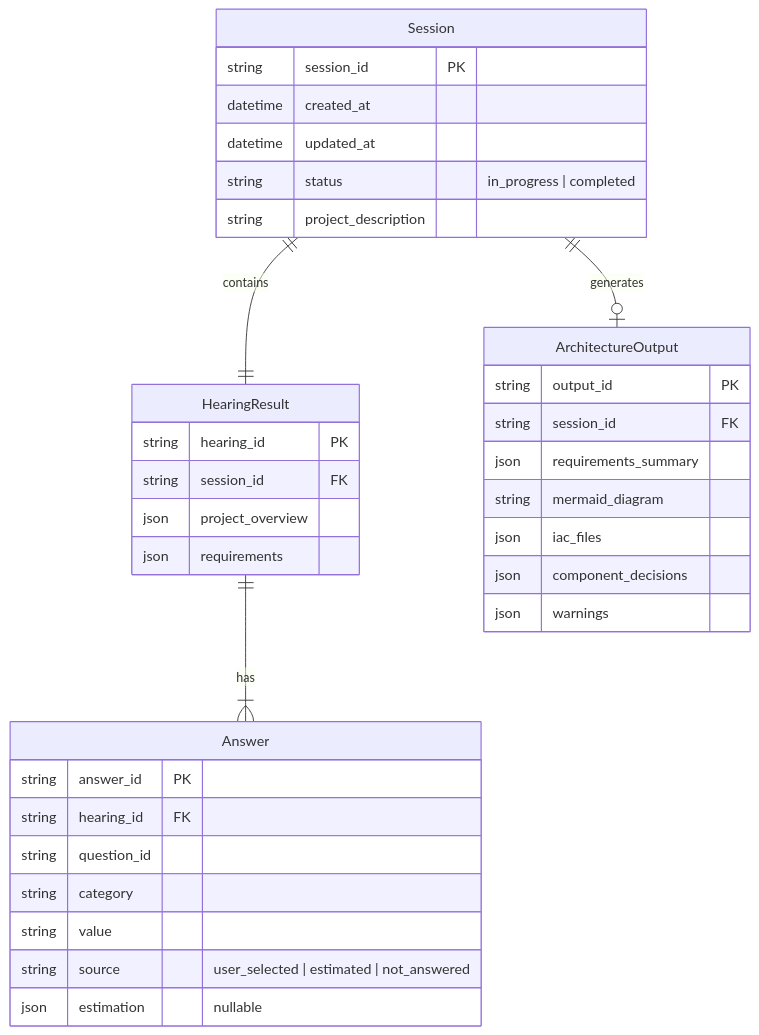
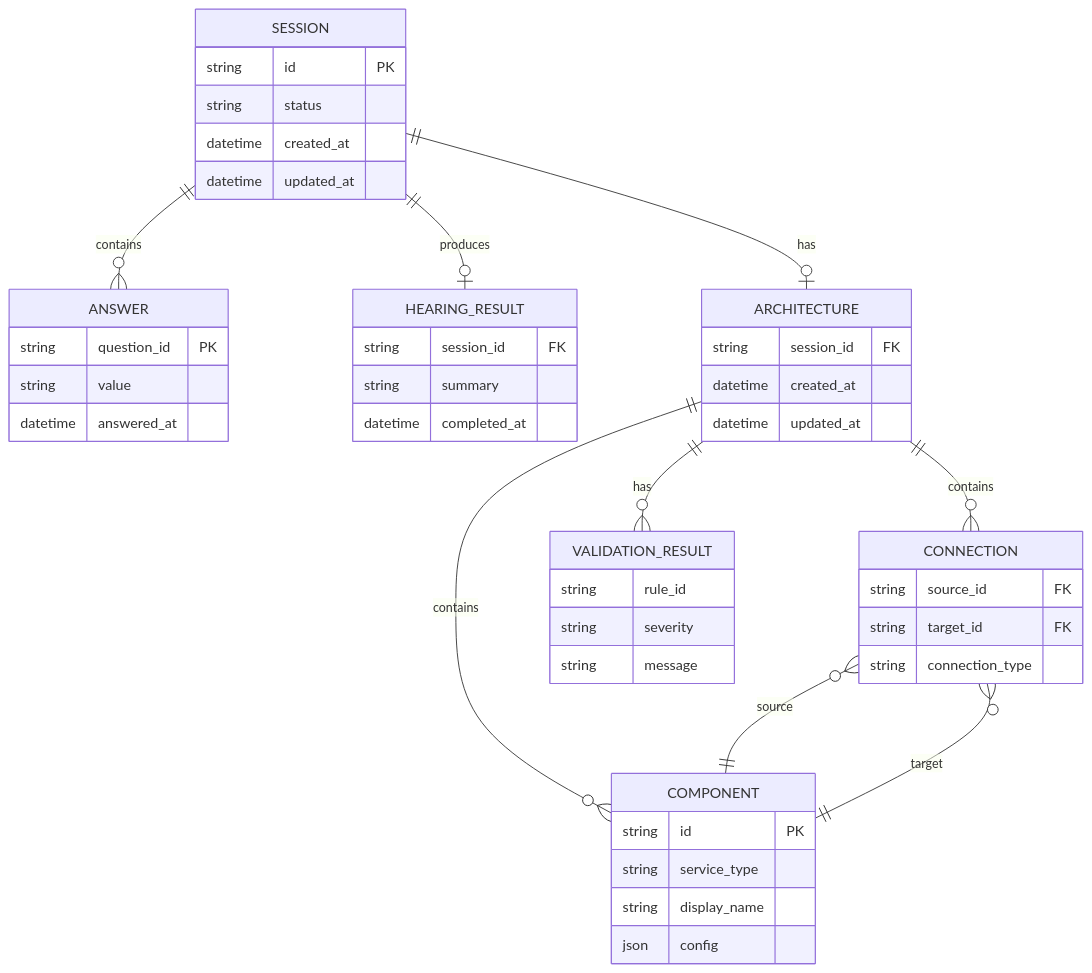
One commit to sogawa-yk/Galley changed the second of 7 diagrams in docs/functional-design.md. Above: the diagram before and after it, drawn with Mermaid. The commit also changed other lines of this file and 171 other files, not shown here.

````diff
--- a/docs/functional-design.md
+++ b/docs/functional-design.md
@@ -332,37 +271,49 @@
 ```mermaid
 erDiagram
-    Session ||--|| HearingResult : contains
-    Session ||--o| ArchitectureOutput : generates
-    Session {
-        string session_id PK
+    SESSION ||--o{ ANSWER : contains
+    SESSION ||--o| HEARING_RESULT : produces
+    SESSION ||--o| ARCHITECTURE : has
+    ARCHITECTURE ||--o{ COMPONENT : contains
+    ARCHITECTURE ||--o{ CONNECTION : contains
+    ARCHITECTURE ||--o{ VALIDATION_RESULT : has
+    CONNECTION }o--|| COMPONENT : "source"
+    CONNECTION }o--|| COMPONENT : "target"
+
+    SESSION {
+        string id PK
+        string status
         datetime created_at
         datetime updated_at
-        string status "in_progress | completed"
-        string project_description
     }
-    HearingResult {
-        string hearing_id PK
+    ANSWER {
+        string question_id PK
+        string value
+        datetime answered_at
+    }
+    HEARING_RESULT {
         string session_id FK
-        json project_overview
-        json requirements
+        string summary
+        datetime completed_at
     }
-    ArchitectureOutput {
-        string output_id PK
+    ARCHITECTURE {
         string session_id FK
-        json requirements_summary
-        string mermaid_diagram
-        json iac_files
-        json component_decisions
-        json warnings
+        datetime created_at
+        datetime updated_at
     }
-    HearingResult ||--|{ Answer : has
-    Answer {
-        string answer_id PK
-        string hearing_id FK
-        string question_id
-        string category
-        string value
-        string source "user_selected | estimated | not_answered"
-        json estimation "nullable"
+    COMPONENT {
+        string id PK
+        string service_type
+        string display_name
+        json config
+    }
+    CONNECTION {
+        string source_id FK
+        string target_id FK
+        string connection_type
+    }
+    VALIDATION_RESULT {
+        string rule_id
+        string severity
+        string message
     }
 ```
````
